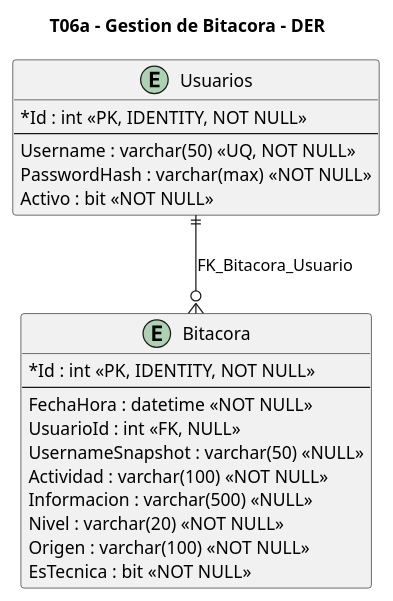
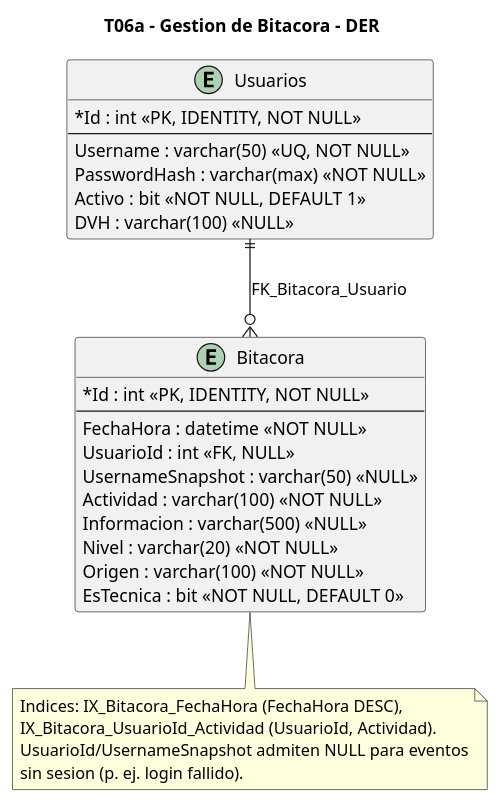
Before and after one commit to aggutierrez98/TP-TD: the diagram in diagramas/T06a-bitacora/T06a-bitacora-datos.puml, drawn with PlantUML. The commit also changed 28 other files, not shown here.

Commit message:
mEJORAR DIAGRAMAS

```diff
--- a/diagramas/T06a-bitacora/T06a-bitacora-datos.puml
+++ b/diagramas/T06a-bitacora/T06a-bitacora-datos.puml
@@ -1,31 +1,39 @@
 @startuml
 title T06a - Gestion de Bitacora - DER
 
 hide methods
 hide stereotypes
 skinparam classAttributeIconSize 0
 
 entity "Usuarios" as Usuarios {
   *Id : int <<PK, IDENTITY, NOT NULL>>
   --
   Username : varchar(50) <<UQ, NOT NULL>>
   PasswordHash : varchar(max) <<NOT NULL>>
-  Activo : bit <<NOT NULL>>
+  Activo : bit <<NOT NULL, DEFAULT 1>>
+  DVH : varchar(100) <<NULL>>
 }
 
 entity "Bitacora" as Bitacora {
   *Id : int <<PK, IDENTITY, NOT NULL>>
   --
   FechaHora : datetime <<NOT NULL>>
   UsuarioId : int <<FK, NULL>>
   UsernameSnapshot : varchar(50) <<NULL>>
   Actividad : varchar(100) <<NOT NULL>>
   Informacion : varchar(500) <<NULL>>
   Nivel : varchar(20) <<NOT NULL>>
   Origen : varchar(100) <<NOT NULL>>
-  EsTecnica : bit <<NOT NULL>>
+  EsTecnica : bit <<NOT NULL, DEFAULT 0>>
 }
 
 Usuarios ||--o{ Bitacora : FK_Bitacora_Usuario
 
+note bottom of Bitacora
+  Indices: IX_Bitacora_FechaHora (FechaHora DESC),
+  IX_Bitacora_UsuarioId_Actividad (UsuarioId, Actividad).
+  UsuarioId/UsernameSnapshot admiten NULL para eventos
+  sin sesion (p. ej. login fallido).
+end note
+
 @enduml
```
